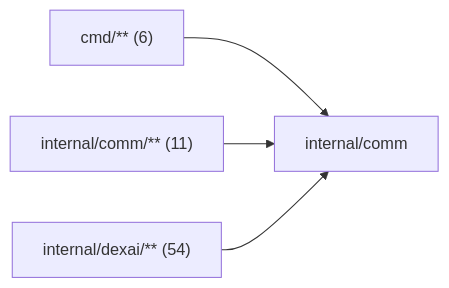
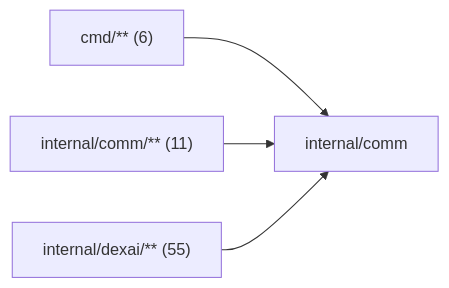
One commit to superdurable/superverse changed the diagram in internal/comm/README.md. Above: the diagram before and after it, drawn with Mermaid. The commit also changed other lines of this file and 51 other files, not shown here.

````diff
--- a/internal/comm/README.md
+++ b/internal/comm/README.md
@@ -10,7 +10,7 @@
 ```mermaid
 flowchart LR
   self["internal/comm"]
   c0["cmd/** (6)"] --> self
   c1["internal/comm/** (11)"] --> self
-  c2["internal/dexai/** (54)"] --> self
+  c2["internal/dexai/** (55)"] --> self
 ```
````
